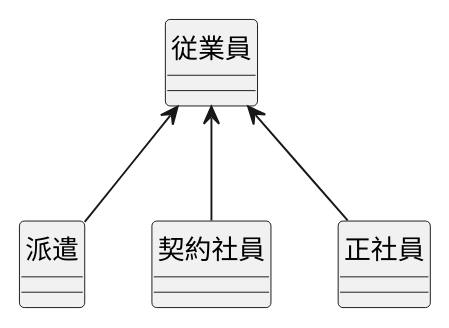
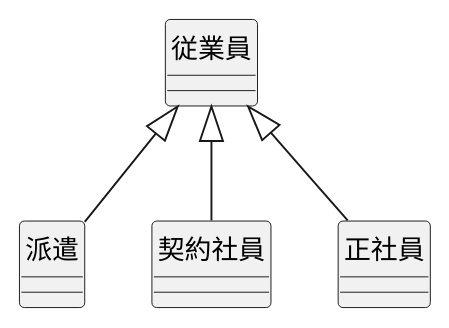
One commit to nagayamasaki/umi-intro changed the diagram in 演習3/演習3-1_CL_雇用形態.pu. Above: the diagram before and after it, drawn with PlantUML. The commit also changed 2 other files, not shown here.

```diff
--- a/演習3/演習3-1_CL_雇用形態.pu
+++ b/演習3/演習3-1_CL_雇用形態.pu
@@ -1,15 +1,15 @@
 @startuml  
 class 従業員{}
 class 派遣{}
 class 契約社員{}
 class 正社員{}
 
-従業員 <-- 派遣
-従業員 <-- 契約社員
-従業員 <-- 正社員
+従業員 <|-- 派遣
+従業員 <|-- 契約社員
+従業員 <|-- 正社員
 
 hide 従業員 circle
 hide 派遣 circle
 hide 契約社員 circle
 hide 正社員 circle
 @enduml
```
